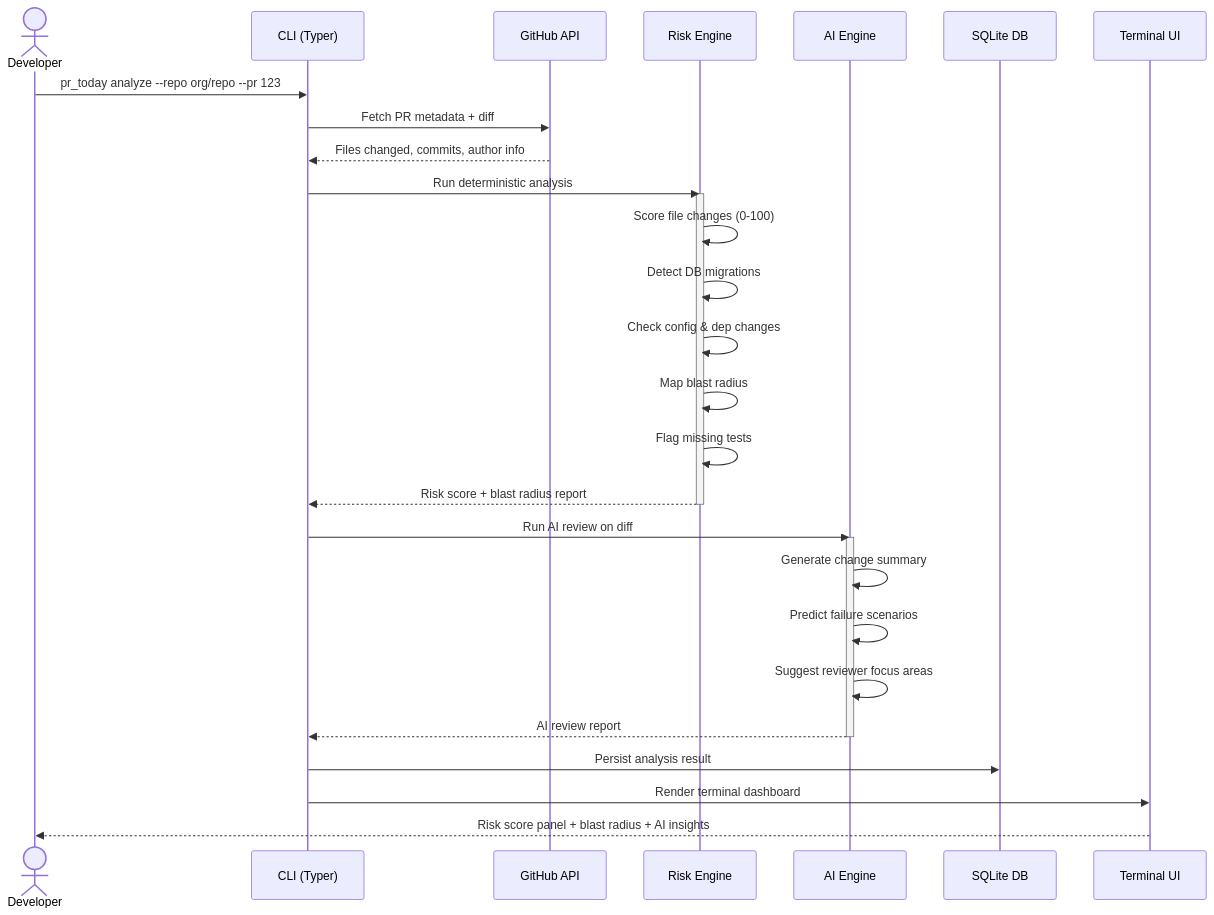
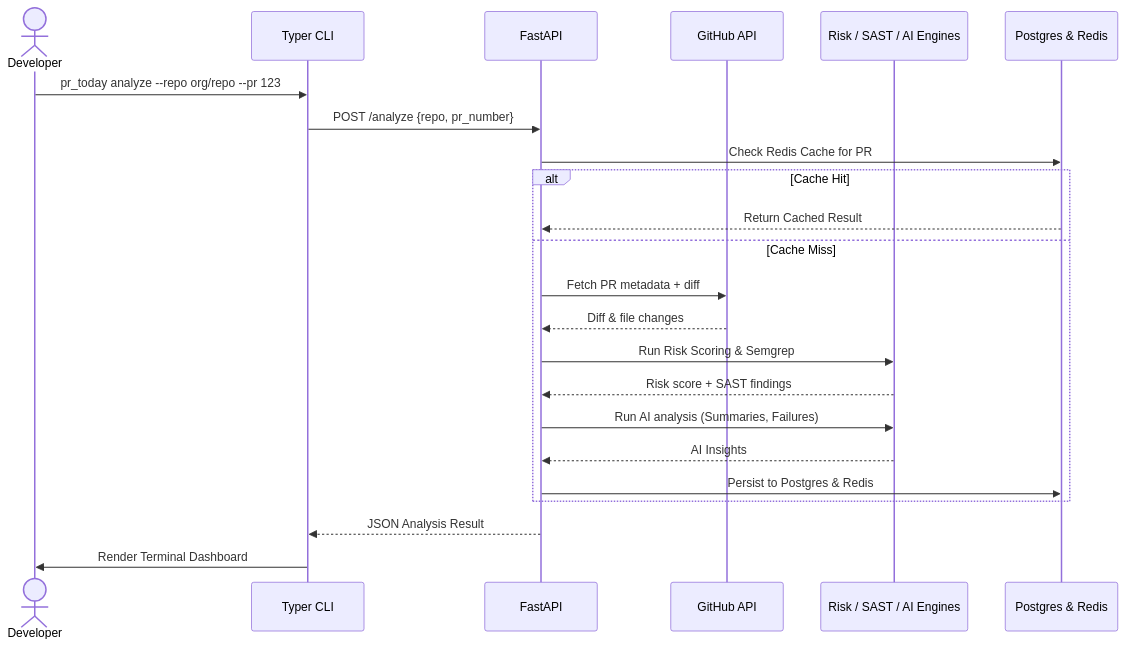
One commit to Viraj12120/PRtoday changed the second of 3 diagrams in README.md. Above: the diagram before and after it, drawn with Mermaid. The commit also changed other lines of this file and 6 other files, not shown here.

Commit message:
update README and architecture documentation for FastAPI backend and caching features

````diff
--- a/README.md
+++ b/README.md
@@ -108,36 +94,31 @@
 ```mermaid
 sequenceDiagram
     actor Dev as Developer
-    participant CLI as CLI (Typer)
+    participant CLI as Typer CLI
+    participant API as FastAPI
     participant GH as GitHub API
-    participant RE as Risk Engine
-    participant AI as AI Engine
-    participant DB as SQLite DB
-    participant UI as Terminal UI
+    participant ENG as Risk / SAST / AI Engines
+    participant DB as Postgres & Redis
 
     Dev->>CLI: pr_today analyze --repo org/repo --pr 123
-    CLI->>GH: Fetch PR metadata + diff
-    GH-->>CLI: Files changed, commits, author info
-
-    CLI->>RE: Run deterministic analysis
-    activate RE
-    RE->>RE: Score file changes (0-100)
-    RE->>RE: Detect DB migrations
-    RE->>RE: Check config & dep changes
-    RE->>RE: Map blast radius
-    RE->>RE: Flag missing tests
-    RE-->>CLI: Risk score + blast radius report
-    deactivate RE
-
-    CLI->>AI: Run AI review on diff
-    activate AI
-    AI->>AI: Generate change summary
-    AI->>AI: Predict failure scenarios
-    AI->>AI: Suggest reviewer focus areas
-    AI-->>CLI: AI review report
-    deactivate AI
-
-    CLI->>DB: Persist analysis result
-    CLI->>UI: Render terminal dashboard
-    UI-->>Dev: Risk score panel + blast radius + AI insights
+    CLI->>API: POST /analyze {repo, pr_number}
+    
+    API->>DB: Check Redis Cache for PR
+    alt Cache Hit
+        DB-->>API: Return Cached Result
+    else Cache Miss
+        API->>GH: Fetch PR metadata + diff
+        GH-->>API: Diff & file changes
+        
+        API->>ENG: Run Risk Scoring & Semgrep
+        ENG-->>API: Risk score + SAST findings
+        
+        API->>ENG: Run AI analysis (Summaries, Failures)
+        ENG-->>API: AI Insights
+        
+        API->>DB: Persist to Postgres & Redis
+    end
+    
+    API-->>CLI: JSON Analysis Result
+    CLI->>Dev: Render Terminal Dashboard
 ```
````
